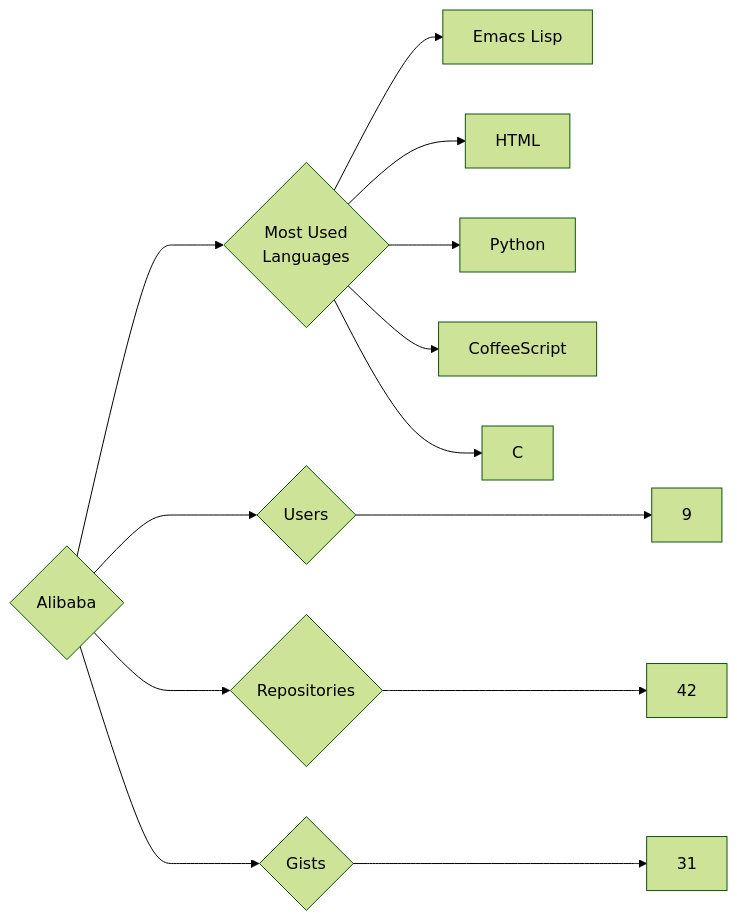
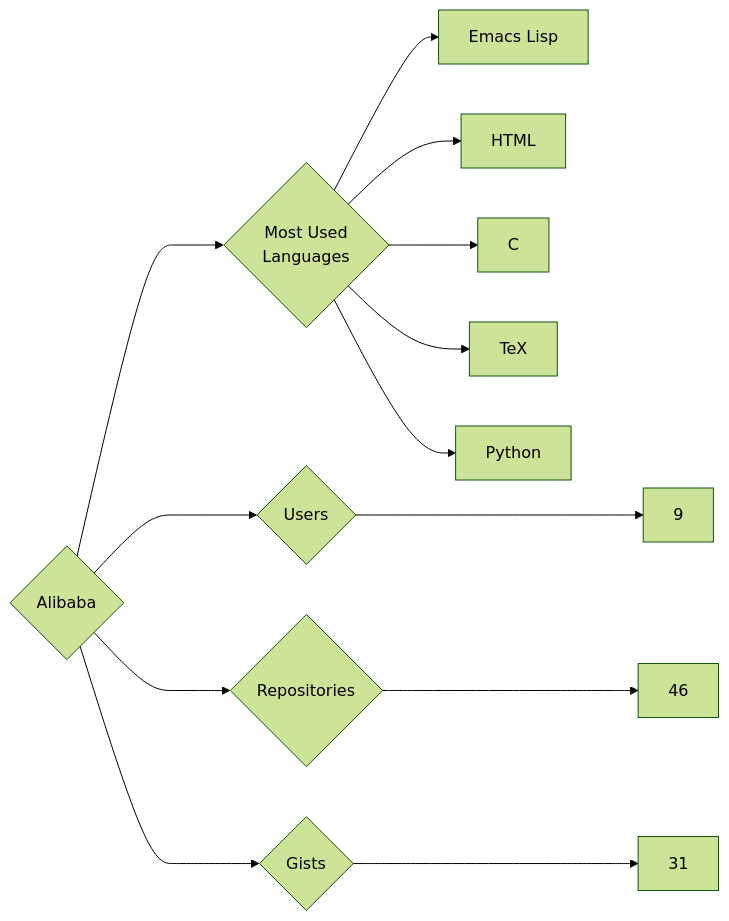
One commit to trickest/insiders changed the diagram in targets/Alibaba/README.md. Above: the diagram before and after it, drawn with Mermaid (forest theme). The commit also changed 938 other files, not shown here.

````diff
--- a/targets/Alibaba/README.md
+++ b/targets/Alibaba/README.md
@@ -3,13 +3,13 @@
 ```mermaid
 graph LR
 COMPANY_NAME{Alibaba}
 COMPANY_NAME ---> U{Users} ---> UN[9]
-COMPANY_NAME ---> R{Repositories} ---> RN[42]
+COMPANY_NAME ---> R{Repositories} ---> RN[46]
 COMPANY_NAME ---> G{Gists} ---> GN[31]
 COMPANY_NAME ---> ML{Most Used<br>Languages}
 ML --> Emacs_Lisp[Emacs Lisp]
 ML --> HTML[HTML]
+ML --> C[C]
+ML --> TeX[TeX]
 ML --> Python[Python]
-ML --> CoffeeScript[CoffeeScript]
-ML --> C[C]
 ```
````
